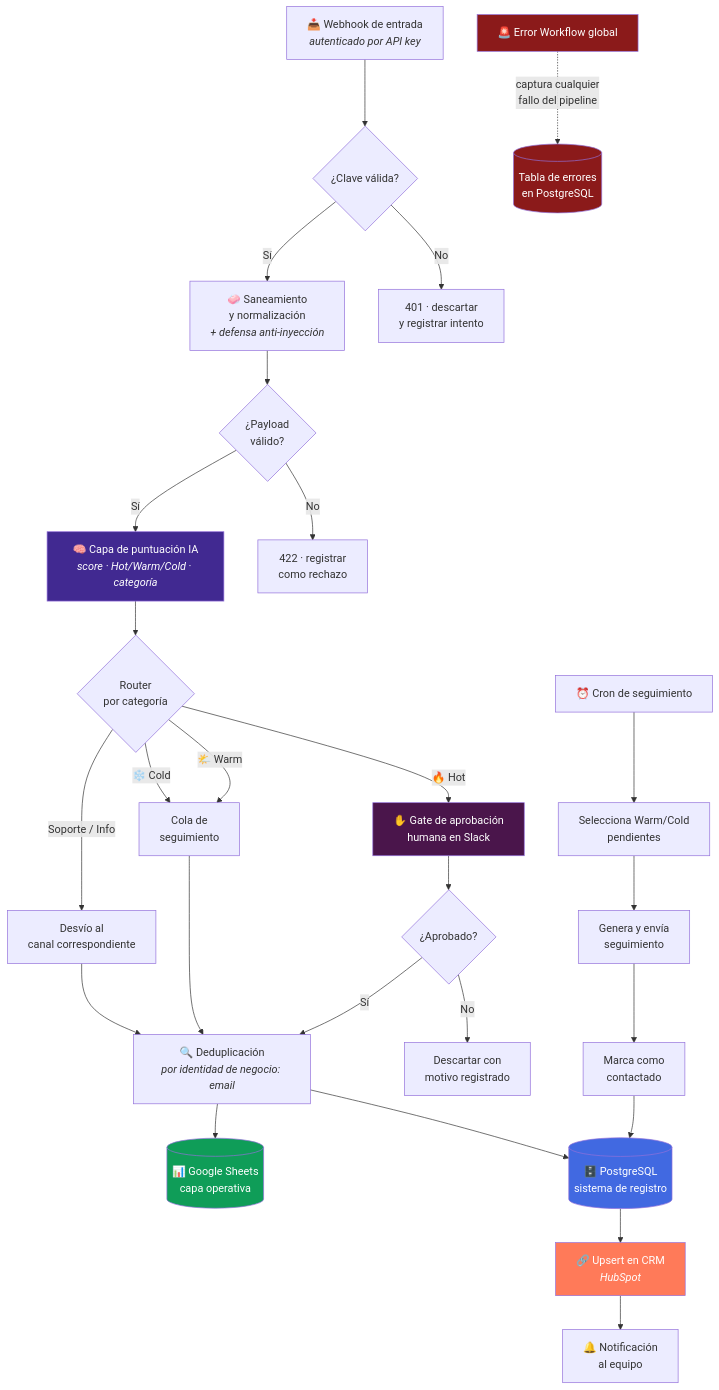
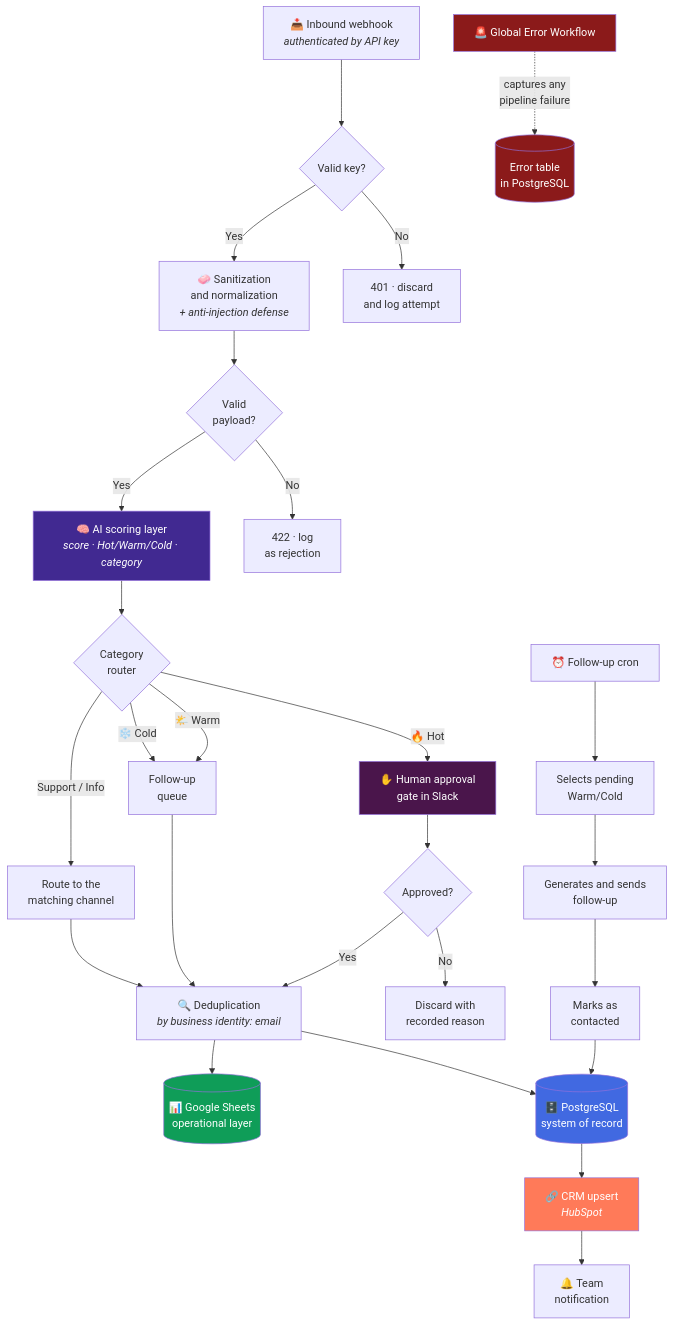
Before and after one commit to BhrayanM/Portafolio: the diagram in projects/lead-qualification/README.md, drawn with Mermaid. The commit also changed other lines of this file and 59 other files, not shown here.

````diff
--- a/projects/lead-qualification/README.md
+++ b/projects/lead-qualification/README.md
@@ -46,42 +47,42 @@
 ```mermaid
 flowchart TD
-    A["📥 Webhook de entrada<br/><i>autenticado por API key</i>"] --> B{"¿Clave válida?"}
-    B -- No --> B1["401 · descartar<br/>y registrar intento"]
-    B -- Sí --> C["🧼 Saneamiento<br/>y normalización<br/><i>+ defensa anti-inyección</i>"]
-    C --> D{"¿Payload<br/>válido?"}
-    D -- No --> D1["422 · registrar<br/>como rechazo"]
-    D -- Sí --> E["🧠 Capa de puntuación IA<br/><i>score · Hot/Warm/Cold · categoría</i>"]
-    E --> F{"Router<br/>por categoría"}
+    A["📥 Inbound webhook<br/><i>authenticated by API key</i>"] --> B{"Valid key?"}
+    B -- No --> B1["401 · discard<br/>and log attempt"]
+    B -- Yes --> C["🧼 Sanitization<br/>and normalization<br/><i>+ anti-injection defense</i>"]
+    C --> D{"Valid<br/>payload?"}
+    D -- No --> D1["422 · log<br/>as rejection"]
+    D -- Yes --> E["🧠 AI scoring layer<br/><i>score · Hot/Warm/Cold · category</i>"]
+    E --> F{"Category<br/>router"}
 
-    F -- "🔥 Hot" --> G["✋ Gate de aprobación<br/>humana en Slack"]
-    F -- "🌤️ Warm" --> H["Cola de<br/>seguimiento"]
+    F -- "🔥 Hot" --> G["✋ Human approval<br/>gate in Slack"]
+    F -- "🌤️ Warm" --> H["Follow-up<br/>queue"]
     F -- "❄️ Cold" --> H
-    F -- "Soporte / Info" --> I["Desvío al<br/>canal correspondiente"]
+    F -- "Support / Info" --> I["Route to the<br/>matching channel"]
 
-    G --> J{"¿Aprobado?"}
-    J -- No --> J1["Descartar con<br/>motivo registrado"]
-    J -- Sí --> K
+    G --> J{"Approved?"}
+    J -- No --> J1["Discard with<br/>recorded reason"]
+    J -- Yes --> K
 
     H --> K
     I --> K
 
-    K["🔍 Deduplicación<br/><i>por identidad de negocio: email</i>"] --> L[("🗄️ PostgreSQL<br/>sistema de registro")]
-    K --> M[("📊 Google Sheets<br/>capa operativa")]
-    L --> N["🔗 Upsert en CRM<br/><i>HubSpot</i>"]
-    N --> O["🔔 Notificación<br/>al equipo"]
+    K["🔍 Deduplication<br/><i>by business identity: email</i>"] --> L[("🗄️ PostgreSQL<br/>system of record")]
+    K --> M[("📊 Google Sheets<br/>operational layer")]
+    L --> N["🔗 CRM upsert<br/><i>HubSpot</i>"]
+    N --> O["🔔 Team<br/>notification"]
 
-    P["⏰ Cron de seguimiento"] --> Q["Selecciona Warm/Cold<br/>pendientes"]
-    Q --> R["Genera y envía<br/>seguimiento"]
-    R --> S["Marca como<br/>contactado"]
+    P["⏰ Follow-up cron"] --> Q["Selects pending<br/>Warm/Cold"]
+    Q --> R["Generates and sends<br/>follow-up"]
+    R --> S["Marks as<br/>contacted"]
     S --> L
 
-    T["🚨 Error Workflow global"] -.captura cualquier<br/>fallo del pipeline.-> U[("Tabla de errores<br/>en PostgreSQL")]
+    T["🚨 Global Error Workflow"] -.captures any<br/>pipeline failure.-> U[("Error table<br/>in PostgreSQL")]
 
     style E fill:#412991,color:#fff
     style G fill:#4A154B,color:#fff
     style L fill:#4169E1,color:#fff
     style M fill:#0F9D58,color:#fff
     style N fill:#FF7A59,color:#fff
     style T fill:#8b1a1a,color:#fff
     style U fill:#8b1a1a,color:#fff
 ```
````
